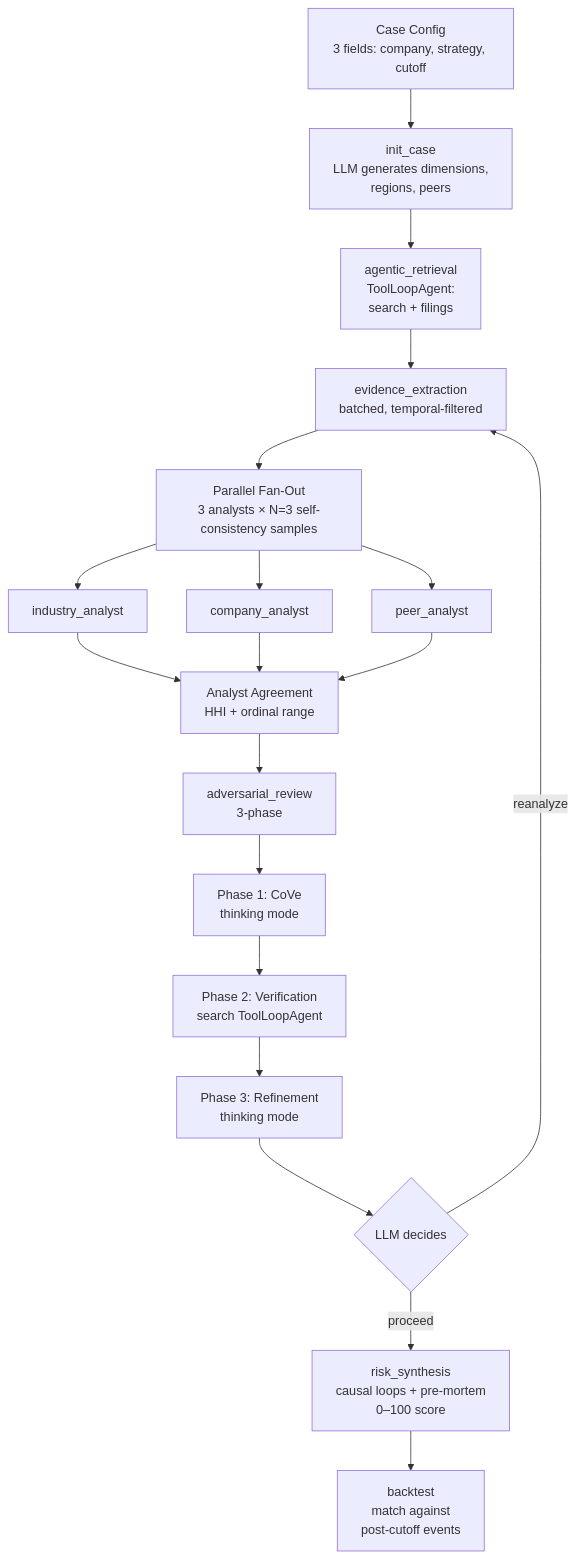
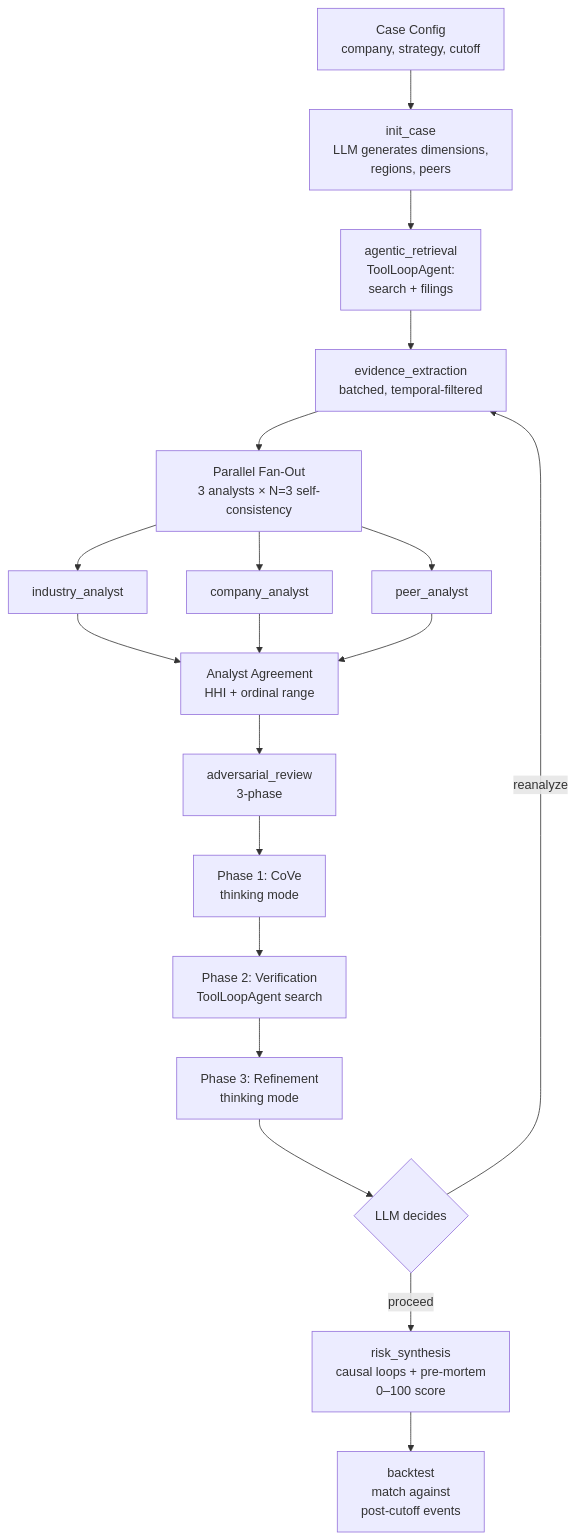
One commit to ShuzhiLiu/StrategicFailureEarlyWarningAgent changed the diagram in README.md. Above: the diagram before and after it, drawn with Mermaid. The commit also changed other lines of this file and 12 other files, not shown here.

````diff
--- a/README.md
+++ b/README.md
@@ -79,21 +164,21 @@
 ```mermaid
 flowchart TD
-    A[Case Config<br/>3 fields: company, strategy, cutoff] --> B[init_case<br/>LLM generates dimensions,<br/>regions, peers]
+    A[Case Config<br/>company, strategy, cutoff] --> B[init_case<br/>LLM generates dimensions,<br/>regions, peers]
     B --> C[agentic_retrieval<br/>ToolLoopAgent:<br/>search + filings]
     C --> D[evidence_extraction<br/>batched, temporal-filtered]
-    D --> E[Parallel Fan-Out<br/>3 analysts × N=3 self-consistency samples]
+    D --> E[Parallel Fan-Out<br/>3 analysts × N=3 self-consistency]
     E --> F1[industry_analyst]
     E --> F2[company_analyst]
     E --> F3[peer_analyst]
     F1 --> G[Analyst Agreement<br/>HHI + ordinal range]
     F2 --> G
     F3 --> G
     G --> H[adversarial_review<br/>3-phase]
     H --> I1[Phase 1: CoVe<br/>thinking mode]
-    I1 --> I2[Phase 2: Verification<br/>search ToolLoopAgent]
+    I1 --> I2[Phase 2: Verification<br/>ToolLoopAgent search]
     I2 --> I3[Phase 3: Refinement<br/>thinking mode]
     I3 --> J{LLM decides}
     J -->|proceed| K[risk_synthesis<br/>causal loops + pre-mortem<br/>0–100 score]
     J -->|reanalyze| D
     K --> L[backtest<br/>match against<br/>post-cutoff events]
 ```
````
